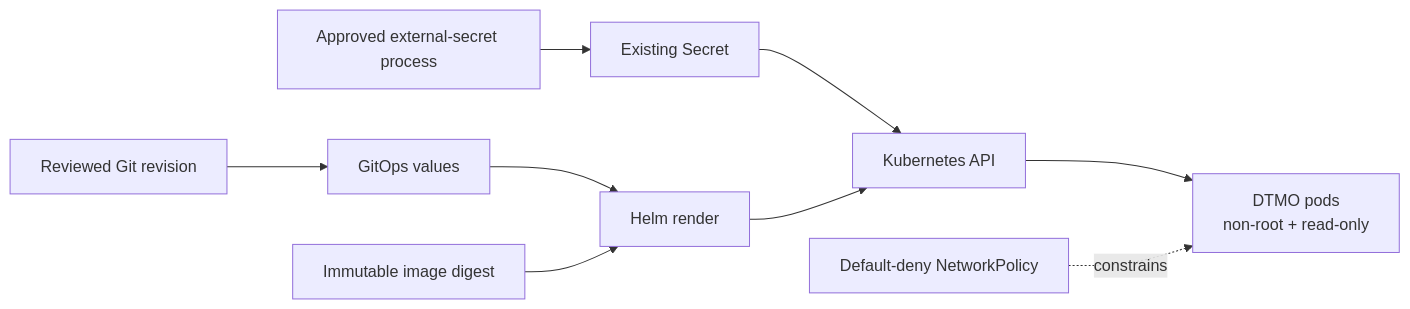
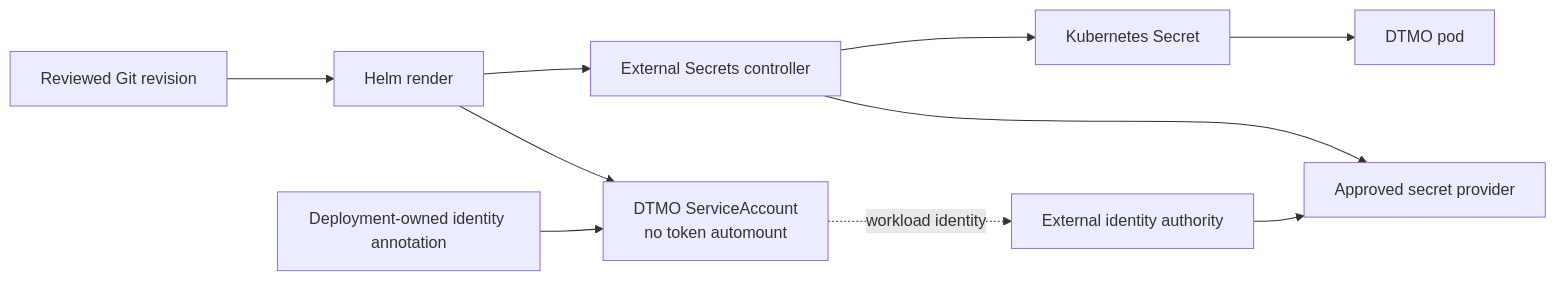
Before and after one commit to GJvManen/dtmo: the second of 2 diagrams in README.md, drawn with Mermaid. The commit also changed other lines of this file, not shown here.

Commit message:
Phase 11.8b: update repository README

````diff
--- a/README.md
+++ b/README.md
@@ -59,11 +62,12 @@
 ```mermaid
 flowchart LR
-    G[Reviewed Git revision] --> V[GitOps values]
-    V --> H[Helm render]
-    I[Immutable image digest] --> H
-    S[Approved external-secret process] --> X[Existing Secret]
-    X --> K[Kubernetes API]
-    H --> K
-    K --> P[DTMO pods\nnon-root + read-only]
-    N[Default-deny NetworkPolicy] -. constrains .-> P
+    G[Reviewed Git revision] --> H[Helm render]
+    H --> SA[DTMO ServiceAccount\nno token automount]
+    A[Deployment-owned identity annotation] --> SA
+    SA -. workload identity .-> I[External identity authority]
+    I --> P[Approved secret provider]
+    E[External Secrets controller] --> P
+    H --> E
+    E --> S[Kubernetes Secret]
+    S --> D[DTMO pod]
 ```
````
